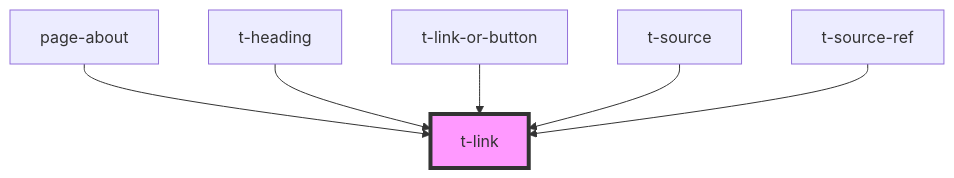
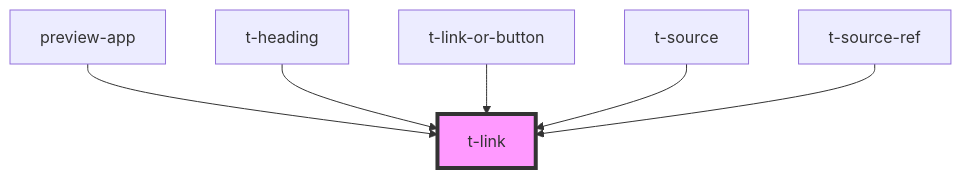
One commit to TomasEng/web-components changed the diagram in packages/t-web-components/src/components/t-link/readme.md. Above: the diagram before and after it, drawn with Mermaid. The commit also changed other lines of this file and 37 other files, not shown here.

````diff
--- a/packages/t-web-components/src/components/t-link/readme.md
+++ b/packages/t-web-components/src/components/t-link/readme.md
@@ -57,9 +57,9 @@
 ```mermaid
 graph TD;
-  page-about --> t-link
+  preview-app --> t-link
   t-heading --> t-link
   t-link-or-button --> t-link
   t-source --> t-link
   t-source-ref --> t-link
   style t-link fill:#f9f,stroke:#333,stroke-width:4px
 ```
````
